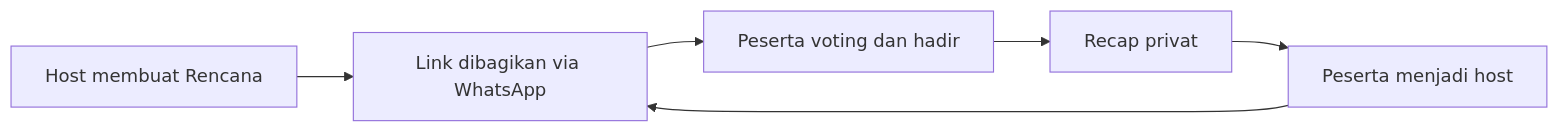
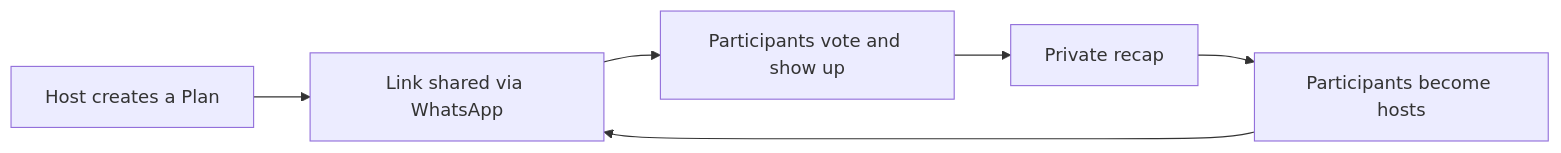
The first of 2 diagrams in concept/03-growth-metrik-roadmap.md (itsmhp/SocialMedia), drawn with Mermaid before and after one commit. The commit also changed other lines of this file and 23 other files, not shown here.

````diff
--- a/concept/03-growth-metrik-roadmap.md
+++ b/concept/03-growth-metrik-roadmap.md
@@ -13,8 +13,8 @@
 ```mermaid
 flowchart LR
-    A[Host membuat Rencana] --> B[Link dibagikan via WhatsApp]
-    B --> C[Peserta voting dan hadir]
-    C --> D[Recap privat]
-    D --> E[Peserta menjadi host]
+    A[Host creates a Plan] --> B[Link shared via WhatsApp]
+    B --> C[Participants vote and show up]
+    C --> D[Private recap]
+    D --> E[Participants become hosts]
     E --> B
 ```
````
